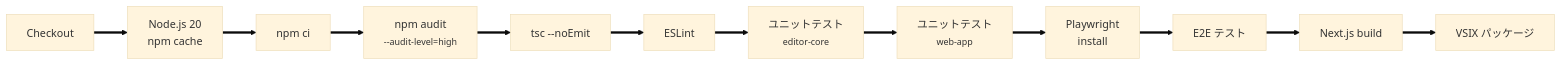
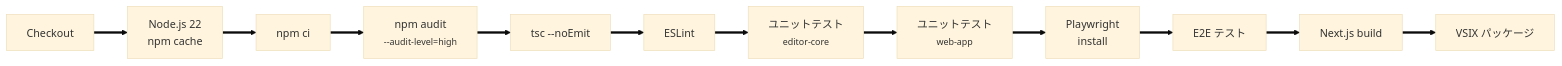
The second of 4 diagrams in design/05-infrastructure.md (anytime-trial/anytime-markdown-docs), drawn with Mermaid (base theme) before and after one commit. The commit also changed other lines of this file and 12 other files, not shown here.

````diff
--- a/design/05-infrastructure.md
+++ b/design/05-infrastructure.md
@@ -64,23 +64,23 @@
 ```mermaid
 flowchart LR
     %% ノード定義
     Checkout["Checkout"]
-    Setup["Node.js 20<br/>npm cache"]
+    Setup["Node.js 22<br/>npm cache"]
     Install["npm ci"]
     Audit["npm audit<br/><small>--audit-level=high</small>"]
     TypeCheck["tsc --noEmit"]
     Lint["ESLint"]
     UnitEC["ユニットテスト<br/><small>editor-core</small>"]
     UnitWA["ユニットテスト<br/><small>web-app</small>"]
     PW["Playwright<br/>install"]
     E2E["E2E テスト"]
     Build["Next.js build"]
     VSIX["VSIX パッケージ"]
 
     %% 接続定義
     Checkout ==> Setup ==> Install ==> Audit
     Audit ==> TypeCheck ==> Lint
     Lint ==> UnitEC ==> UnitWA
     UnitWA ==> PW ==> E2E
     E2E ==> Build ==> VSIX
 ```
````
